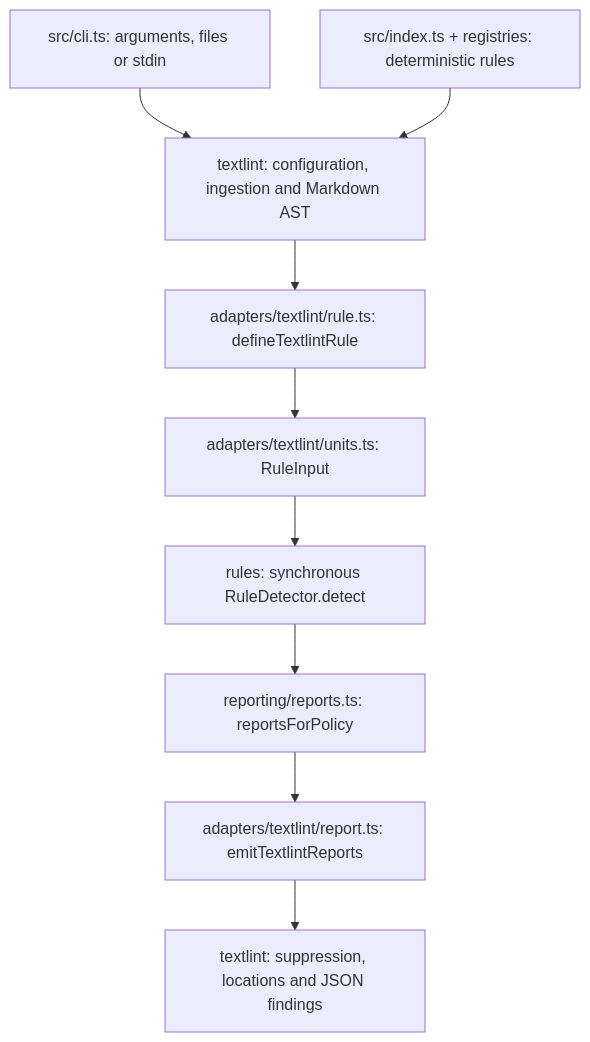
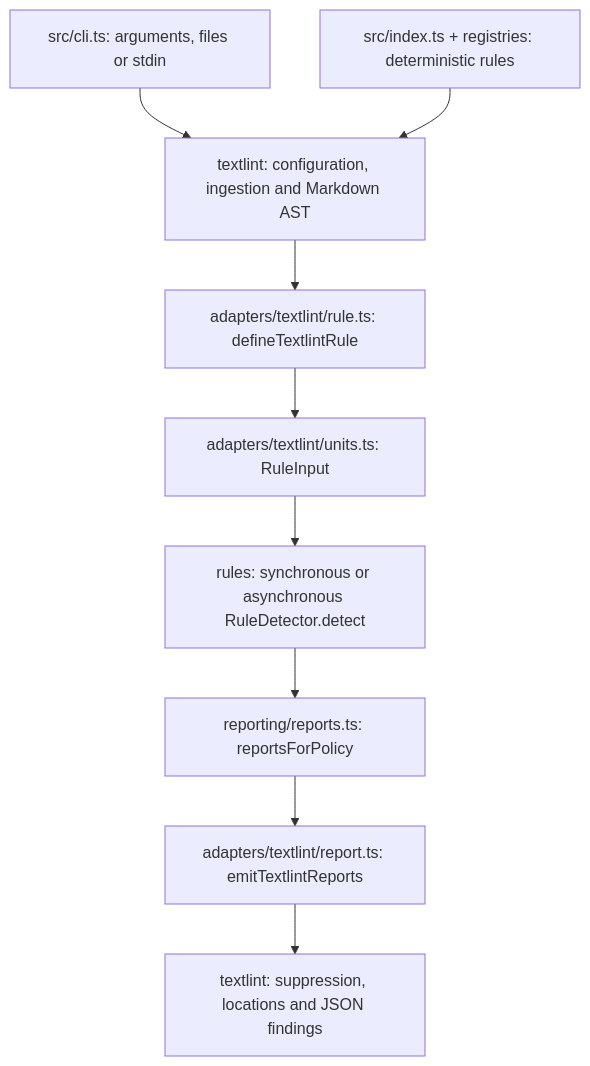
Before and after one commit to berelevant-ai/slopless: the first of 4 diagrams in .plans/2026-10-26-120706-v2-module-interfaces.md, drawn with Mermaid. The commit also changed other lines of this file and 47 other files, not shown here.

````diff
--- a/.plans/2026-10-26-120706-v2-module-interfaces.md
+++ b/.plans/2026-10-26-120706-v2-module-interfaces.md
@@ -7,11 +7,11 @@
 ```mermaid
 flowchart TD
     CLI["src/cli.ts: arguments, files or stdin"] --> TL["textlint: configuration, ingestion and Markdown AST"]
     REG["src/index.ts + registries: deterministic rules"] --> TL
     TL --> ADAPTER["adapters/textlint/rule.ts: defineTextlintRule"]
     ADAPTER --> INPUT["adapters/textlint/units.ts: RuleInput"]
-    INPUT --> DETECT["rules: synchronous RuleDetector.detect"]
+    INPUT --> DETECT["rules: synchronous or asynchronous RuleDetector.detect"]
     DETECT --> POLICY["reporting/reports.ts: reportsForPolicy"]
     POLICY --> REPORT["adapters/textlint/report.ts: emitTextlintReports"]
     REPORT --> RESULT["textlint: suppression, locations and JSON findings"]
 ```
````
